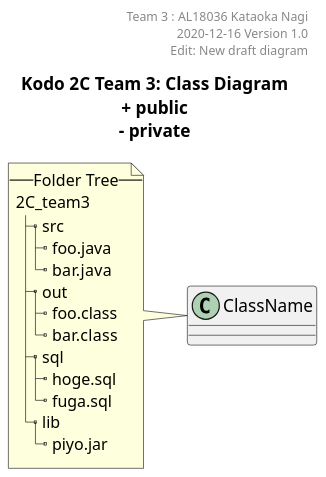
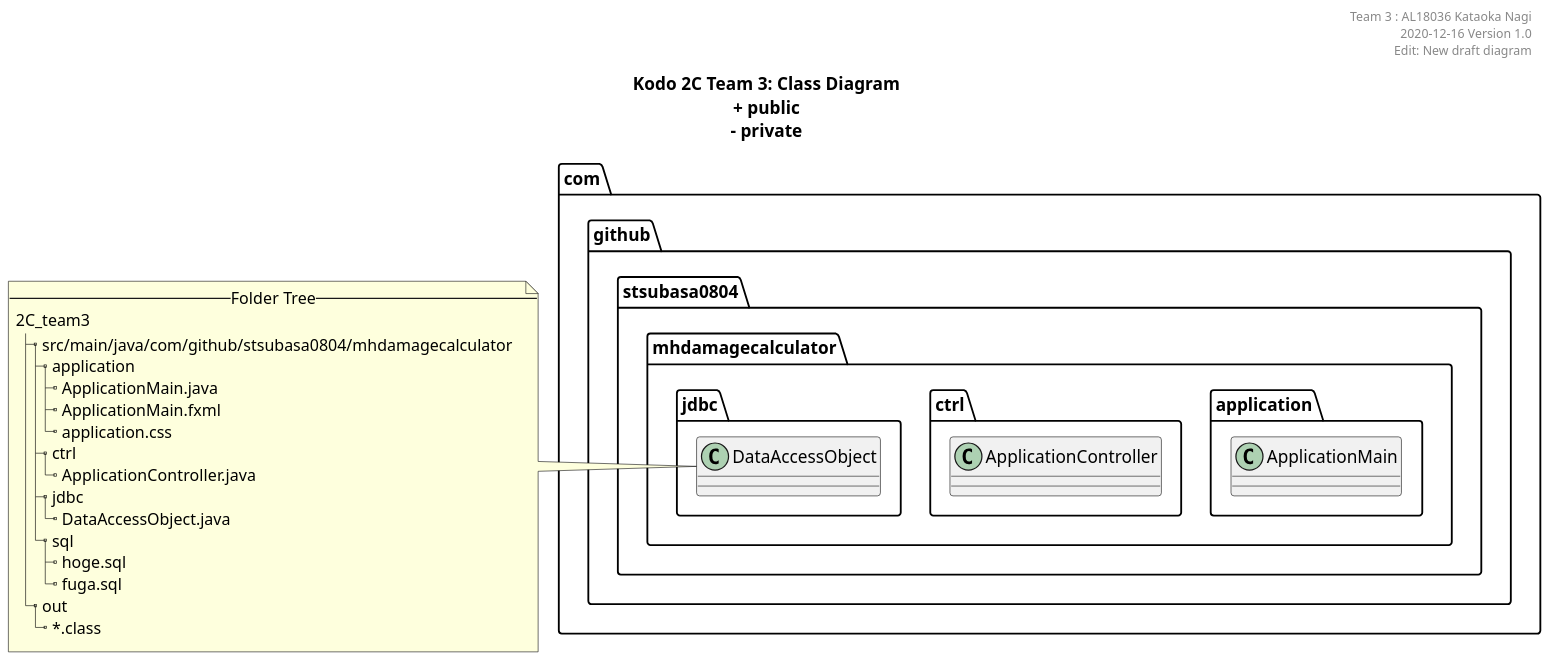
The diagram in uml/class_diagram.pu (KataokaNagi/2C_team3), drawn with PlantUML before and after one commit.

Commit message:
最低限必要そうなクラス、packageを作成

```diff
--- a/uml/class_diagram.pu
+++ b/uml/class_diagram.pu
@@ -12,169 +12,199 @@
 @startuml ./class_diagram.png
 scale 1.5
 skinparam DefaultFontName メイリオ
 ' 可視性の変更
 skinparam classAttributeIconSize 0
 
 header 
 Team 3 : AL18036 Kataoka Nagi
 2020-12-16 Version 1.0
 Edit: New draft diagram
 end header
 
 title
 **Kodo 2C Team 3: Class Diagram**
 + public
 ~- private
 end title
 ' __static__
 
 ' class def
 ' @see https://qiita.com/KeithYokoma/items/ee21fec6a3ebb5d1e9a8
 
-class ClassName
+package com.github.stsubasa0804.mhdamagecalculator {
+  package com.github.stsubasa0804.mhdamagecalculator.application {
+  }
+  package com.github.stsubasa0804.mhdamagecalculator.ctrl {
+  }
+  package com.github.stsubasa0804.mhdamagecalculator.jdbc {
+  }
+}
+' package java.sql.* {
+' }
+' com.github.stsubasa0804.mhdamagecalculator.jdbc +-- java.sql.*
+
+
+package com.github.stsubasa0804.mhdamagecalculator.application {
+  ' @note Scene Builder (GUI tool)
+  ' @see  https://qiita.com/tarosa0001/items/05ac653a091b7d1290f9
+  class ApplicationMain
+}
+package com.github.stsubasa0804.mhdamagecalculator.ctrl {
+' @note Scene Builder (GUI tool)
+' @see  https://qiita.com/tarosa0001/items/05ac653a091b7d1290f9
+  class ApplicationController
+}
+package com.github.stsubasa0804.mhdamagecalculator.jdbc {
+  ' @note DAO pattern
+  ' @see https://kanda-it-school-kensyu.com/java-jdbc-contents/jj_ch04/jj_0401/
+  class DataAccessObject
+}
 
 note left
   --Folder Tree--
   2C_team3
-  |_ src
-    |_ foo.java
-    |_ bar.java
+  |_ src/main/java/com/github/stsubasa0804/mhdamagecalculator
+    |_ application
+      |_ ApplicationMain.java
+      |_ ApplicationMain.fxml
+      |_ application.css
+    |_ ctrl
+      |_ ApplicationController.java
+    |_ jdbc
+      |_ DataAccessObject.java
+    |_ sql
+      |_ hoge.sql
+      |_ fuga.sql
   |_ out
-    |_ foo.class
-    |_ bar.class
-  |_ sql
-    |_ hoge.sql
-    |_ fuga.sql
-  |_ lib
-    |_ piyo.jar
+    |_ ~*.class
 end note
 
 ' ********** PlantUML Sample **********
 
 ' class ClassName
 
 ' note left
 '   --Folder Tree--
 '   2C_team3
 '   |_ src
 '     |_ foo.java
 '     |_ bar.java
 '   |_ out
 '     |_ foo.class
 '     |_ bar.class
 '   |_ sql
 '     |_ hoge.sql
 '     |_ fuga.sql
 '   |_ lib
 '     |_ piyo.jar
 ' end note
 
 ' class ClassName implements Interface {
 '   - fieldName: Type = Value
 
 '   + methodName(): Returns
 ' }
 
 
 ' class Use {
 ' }
 
 ' class ClassName extends Extends {
 ' }
 
 ' ClassName ..> Use
 
 ' ********** PlantUML Tutorial **********
 
 ' note left
 
 '   --木構造--
 '   |_build.gradle
 '   |_src
 '     |_main
 '       |_java
 '         |_**bold**
 '         |_--strike--
 '         |_//itaric//
 '         |___underline__
 '         |_""monospace""
 '     |_test
 
 ' end note
 
 ' class Hello　<<StereoType>> {
 '     {abstract} one: String
 '     {static} three(param1: String, param2: int): boolean
 '     String two
 '     int four(List<String> param)
 ' }
 ' class World <Template>{
 '     - privateField: int
 '     # protectedField: int
 '     ~ packagePrivateField: int
 '     + publicField: int
 
 '     - privateMethod(): void
 '     # protectedMethod(): void
 '     ~ packagePrivateMethod(): void
 '     + publicMethod(): void
 ' }
 ' note left : note
 ' note top of Hello: note
 
 ' interface hoge
 ' abstruct class hoge
 ' enum HelloWorld {
 '     ONE
 '     TWO
 '     THREE
 ' }
 
 ' interface One
 ' interface Two
 ' interface Three extends Two
 ' interface Four
 ' class Five implements One, Three
 ' class Six extends Five implements Four {
 '     field: String
 '     method(): void
 ' }
 
 ' Hello -- World
 ' One --> Two
 ' Three <-- Four
 ' Five <--> Six
 ' Seven x-- Eight
 ' Nine --x Ten
 ' One ..> Two
 ' Three <.. Four
 ' One --|> Two
 ' Three <|-- Four
 ' One ..|> Two
 ' Three <|.. Four
 ' One --o Two
 ' Three o-- Four
 ' One --* Two
 ' Three *-- Four
 ' One -- Two : Hoge
 ' Three -- Four : Fuga >
 ' Five -- Six : < Piyo
 ' One "Foo" -- Two 
 ' Three -- "Bar" Four
 ' Five "1" -- "1..*" Six
 ' Seven "1 Fizz" -- "~* Buzz" Eight
 
 ' package one.two {
 '     class Hello
 ' }
 ' package three.four {
 '     World -- Hello
 ' }
 
 ' Hello -- World
 ' note on link
 ' hoge
 ' fuga
 ' end note
 
 @enduml
```
